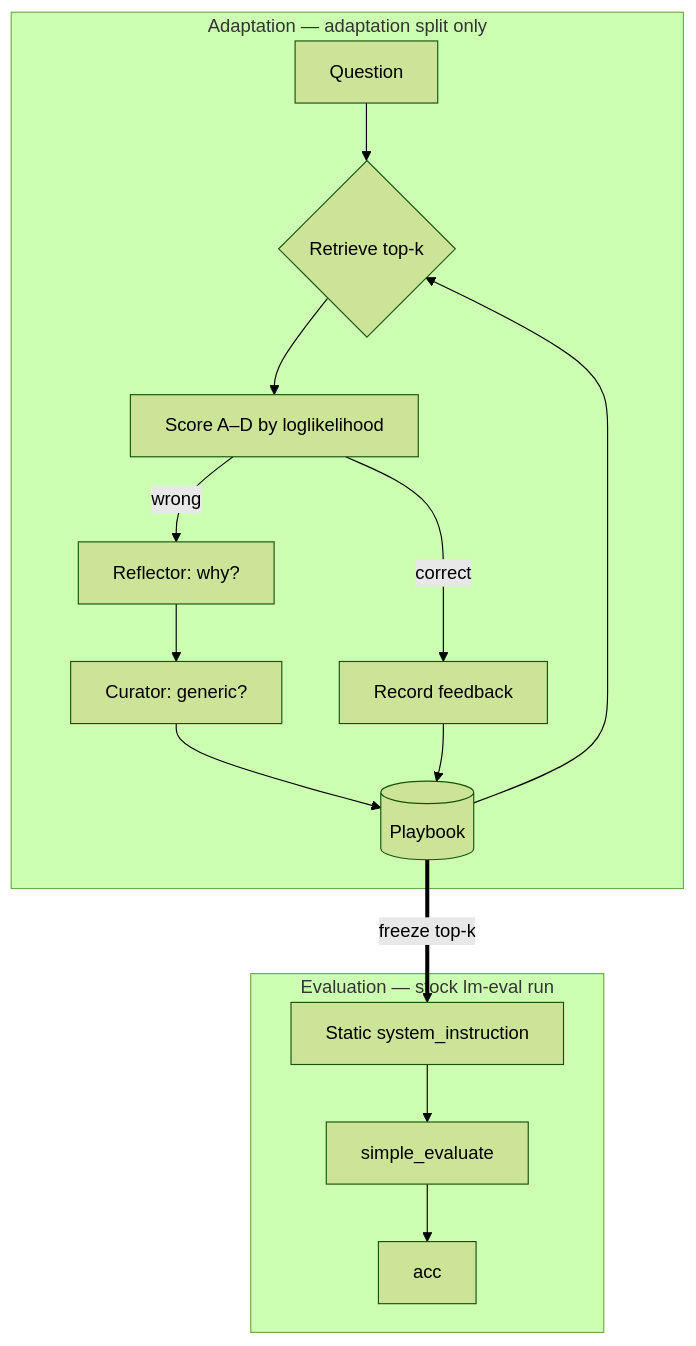
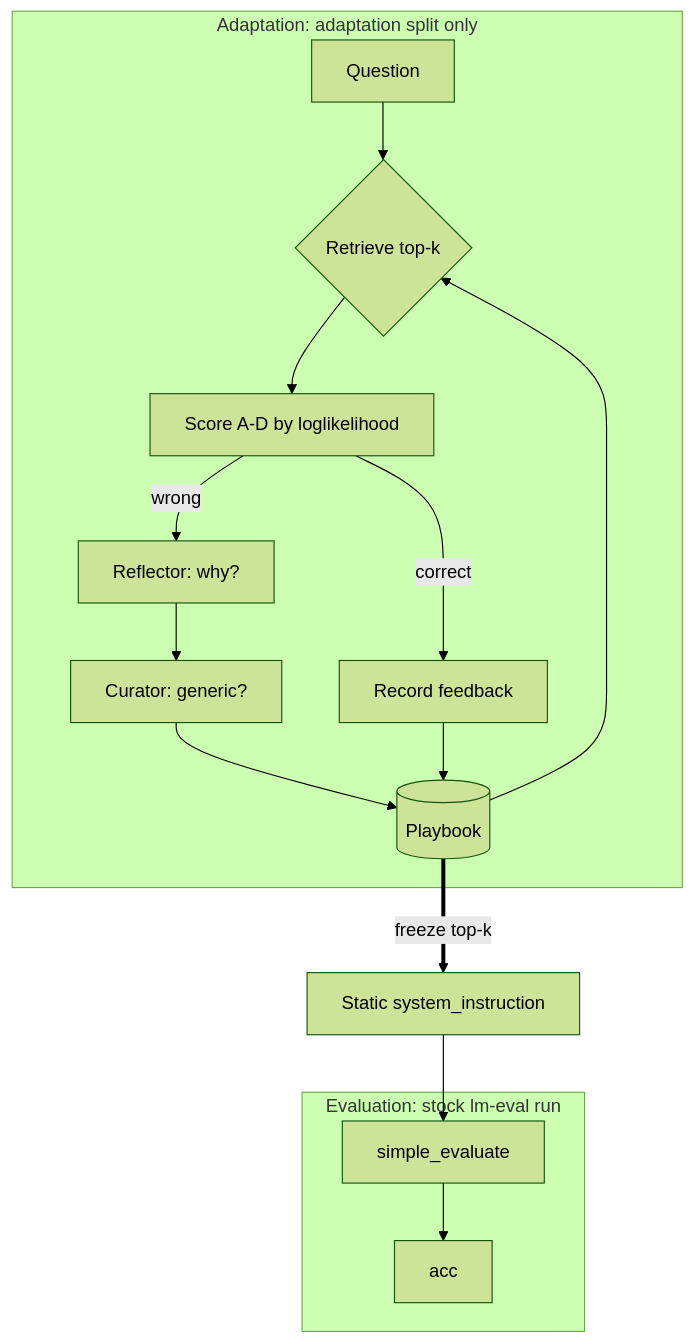
One commit to ancoda-labs/TinyACE changed the diagram in README.md. Above: the diagram before and after it, drawn with Mermaid (forest theme). The commit also changed other lines of this file and 12 other files, not shown here.

````diff
--- a/README.md
+++ b/README.md
@@ -114,20 +117,21 @@
 ```mermaid
 flowchart TB
-    subgraph adapt["Adaptation — adaptation split only"]
-        Q[Question] --> R{Retrieve top-k}
-        P[(Playbook)] --> R
-        R --> S[Score A–D by loglikelihood]
-        S -->|correct| F[Record feedback]
-        S -->|wrong| Refl[Reflector: why?]
-        Refl --> Cur[Curator: generic?]
-        Cur --> P
+    subgraph ADAPT["Adaptation: adaptation split only"]
+        Q["Question"] --> R{"Retrieve top-k"}
+        P[("Playbook")] --> R
+        R --> S["Score A-D by loglikelihood"]
+        S -->|"correct"| F["Record feedback"]
+        S -->|"wrong"| REFL["Reflector: why?"]
+        REFL --> CUR["Curator: generic?"]
+        CUR --> P
         F --> P
     end
 
-    P ==>|freeze top-k| Prefix[Static system_instruction]
+    P ==>|"freeze top-k"| PREFIX["Static system_instruction"]
 
-    subgraph eval["Evaluation — stock lm-eval run"]
-        Prefix --> H[simple_evaluate]
-        H --> Acc[acc]
+    subgraph EVAL["Evaluation: stock lm-eval run"]
+        H["simple_evaluate"] --> ACC["acc"]
     end
+
+    PREFIX --> H
 ```
````
